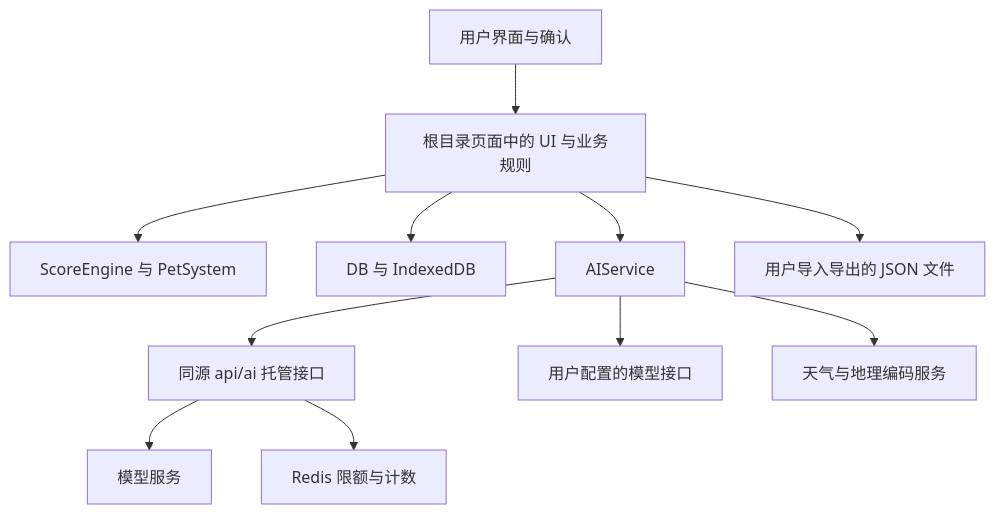
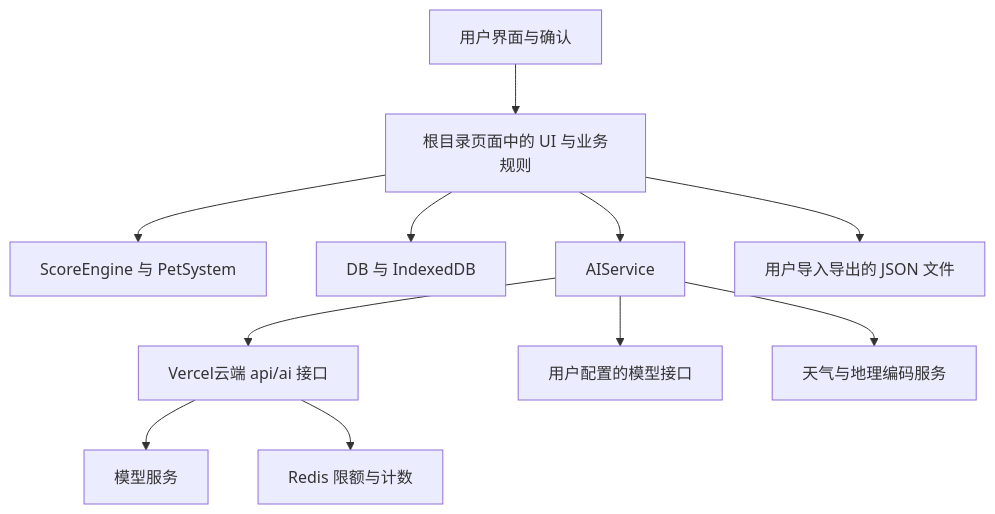
Before and after one commit to jinzhan857-sketch/juanjuan-to-do-list: the diagram in docs/architecture/README.md, drawn with Mermaid. The commit also changed other lines of this file and 15 other files, not shown here.

````diff
--- a/docs/architecture/README.md
+++ b/docs/architecture/README.md
@@ -11,13 +11,13 @@
 ```mermaid
 flowchart TD
     User[用户界面与确认] --> UI[根目录页面中的 UI 与业务规则]
     UI --> Score[ScoreEngine 与 PetSystem]
     UI --> DB[DB 与 IndexedDB]
     UI --> AI[AIService]
-    AI --> Hosted[同源 api/ai 托管接口]
+    AI --> Hosted[Vercel云端 api/ai 接口]
     AI --> Custom[用户配置的模型接口]
     Hosted --> Model[模型服务]
     Hosted --> Counter[Redis 限额与计数]
     AI --> Weather[天气与地理编码服务]
     UI --> Backup[用户导入导出的 JSON 文件]
 ```
````
